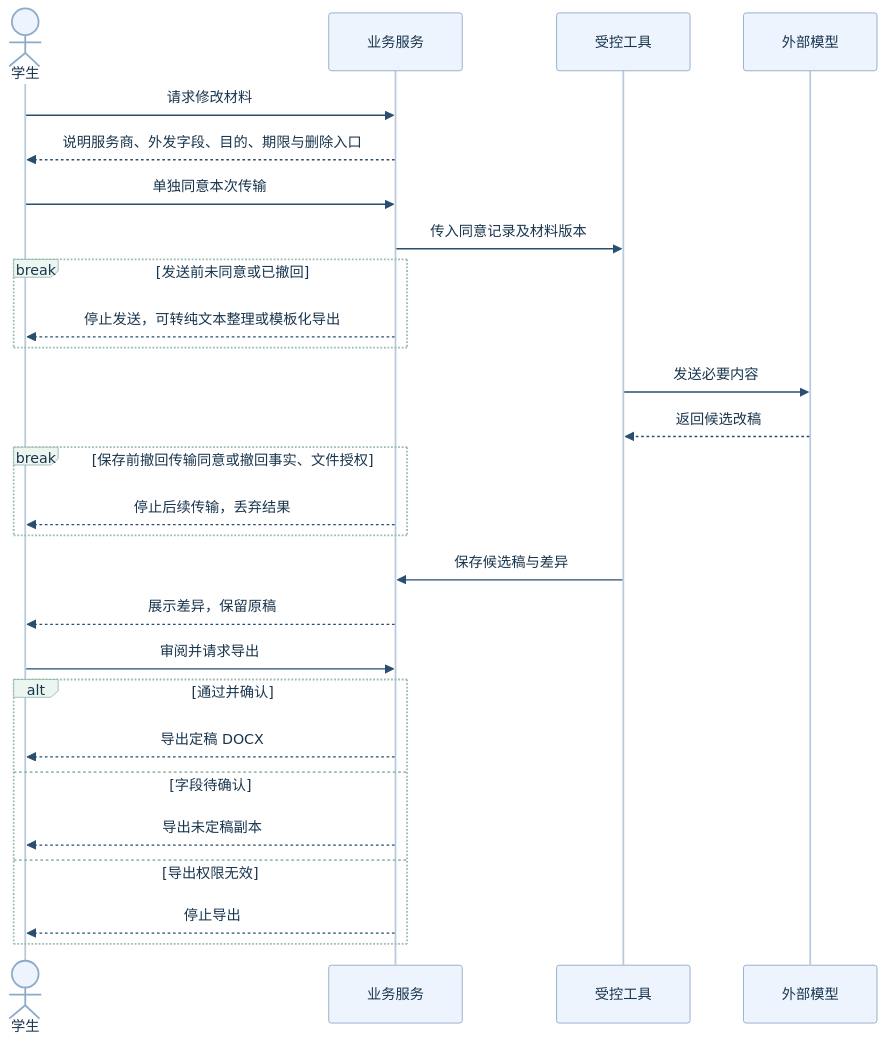
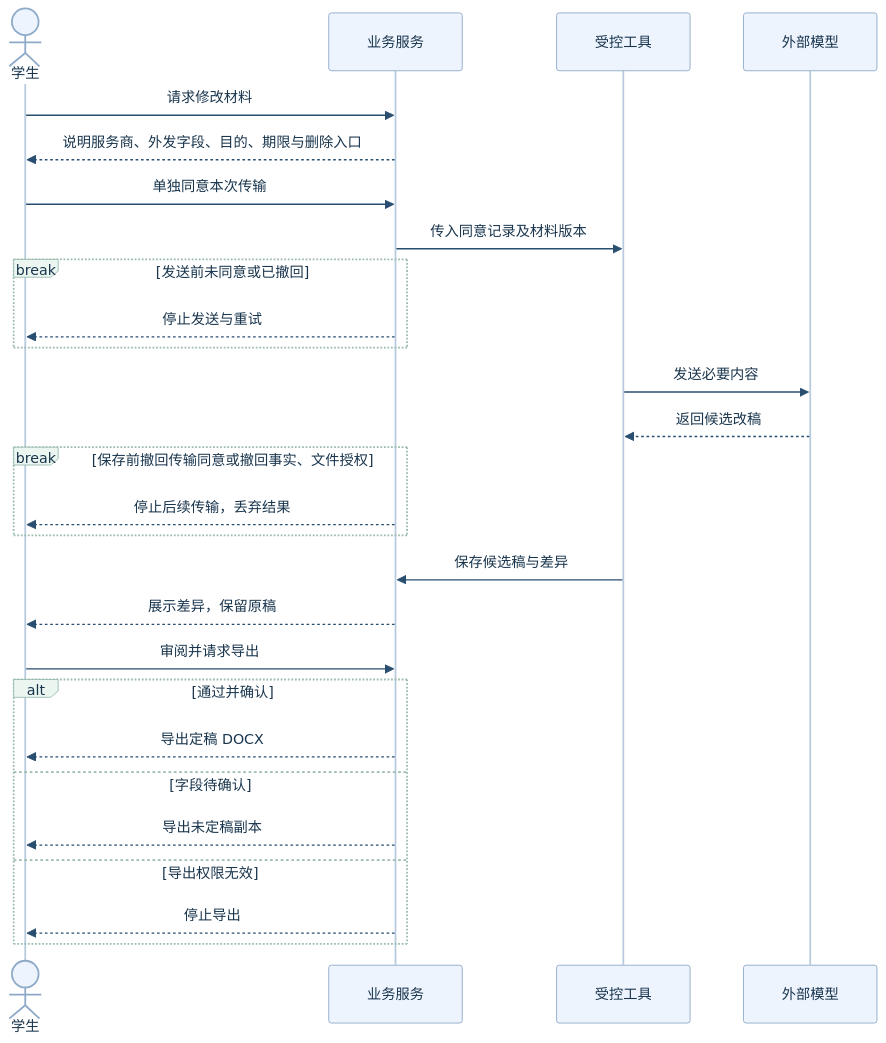
The diagram in docs/design/agent-design/diagrams/04_材料改写时序.mmd (LotteryCamp/OfferPilot), drawn with Mermaid before and after one commit. The commit also changed 5 other files, not shown here.

```diff
--- a/docs/design/agent-design/diagrams/04_材料改写时序.mmd
+++ b/docs/design/agent-design/diagrams/04_材料改写时序.mmd
@@ -1,66 +1,66 @@
 ---
 config:
   theme: base
   themeCSS: 'text.messageText { paint-order: stroke; stroke: white; stroke-width: 5px; stroke-linejoin: round; }'
   themeVariables:
     fontFamily: "Microsoft YaHei, sans-serif"
     fontSize: "21px"
     primaryColor: "#EDF4FE"
     primaryBorderColor: "#83A0C1"
     primaryTextColor: "#19354D"
     secondaryColor: "#EBF6F1"
     tertiaryColor: "#F5F8FC"
     lineColor: "#55708D"
     edgeLabelBackground: "#FFFFFF"
     clusterBkg: "#F4F8FC"
     clusterBorder: "#B3C8DC"
     actorBkg: "#EDF4FE"
     actorBorder: "#8DAAC8"
     actorTextColor: "#19354D"
     actorLineColor: "#B8CBDE"
     signalColor: "#294E70"
     signalTextColor: "#19354D"
     labelBoxBkgColor: "#EBF6F1"
     labelBoxBorderColor: "#9ABBAE"
     loopTextColor: "#19354D"
     actorFontSize: "20px"
     messageFontSize: "19px"
     sequenceNumberColor: "#FFFFFF"
   flowchart:
     curve: linear
     wrappingWidth: 300
     nodeSpacing: 45
     rankSpacing: 52
   sequence:
     mirrorActors: true
     actorMargin: 60
     messageMargin: 25
     boxMargin: 12
 ---
 sequenceDiagram
     actor U as 学生
     participant B as 业务服务
     participant T as 受控工具
     participant M as 外部模型
     U->>B: 请求修改材料
     B-->>U: 说明服务商、外发字段、目的、期限与删除入口
     U->>B: 单独同意本次传输
     B->>T: 传入同意记录及材料版本
     break 发送前未同意或已撤回
-        B-->>U: 停止发送，可转纯文本整理或模板化导出
+        B-->>U: 停止发送与重试
     end
     T->>M: 发送必要内容
     M-->>T: 返回候选改稿
     break 保存前撤回传输同意或撤回事实、文件授权
         B-->>U: 停止后续传输，丢弃结果
     end
     T->>B: 保存候选稿与差异
     B-->>U: 展示差异，保留原稿
     U->>B: 审阅并请求导出
     alt 通过并确认
         B-->>U: 导出定稿 DOCX
     else 字段待确认
         B-->>U: 导出未定稿副本
     else 导出权限无效
         B-->>U: 停止导出
     end
```
